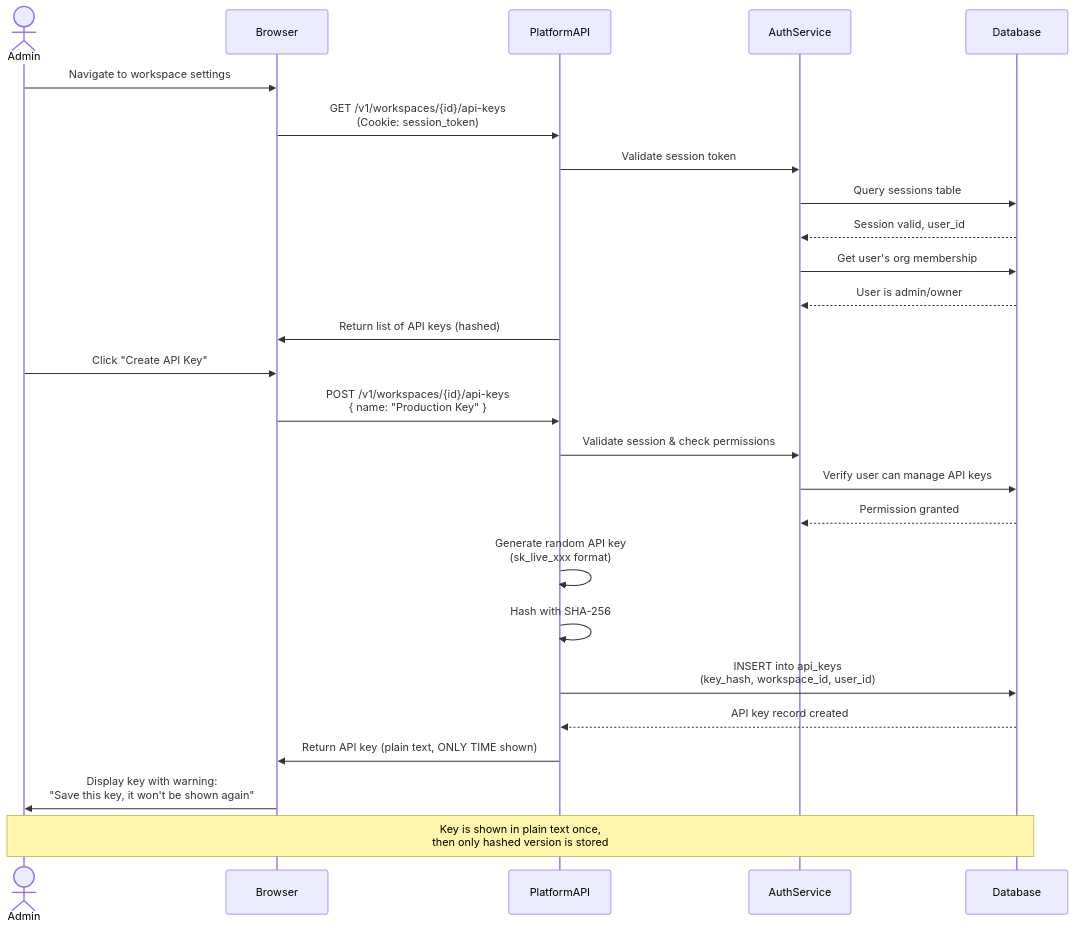
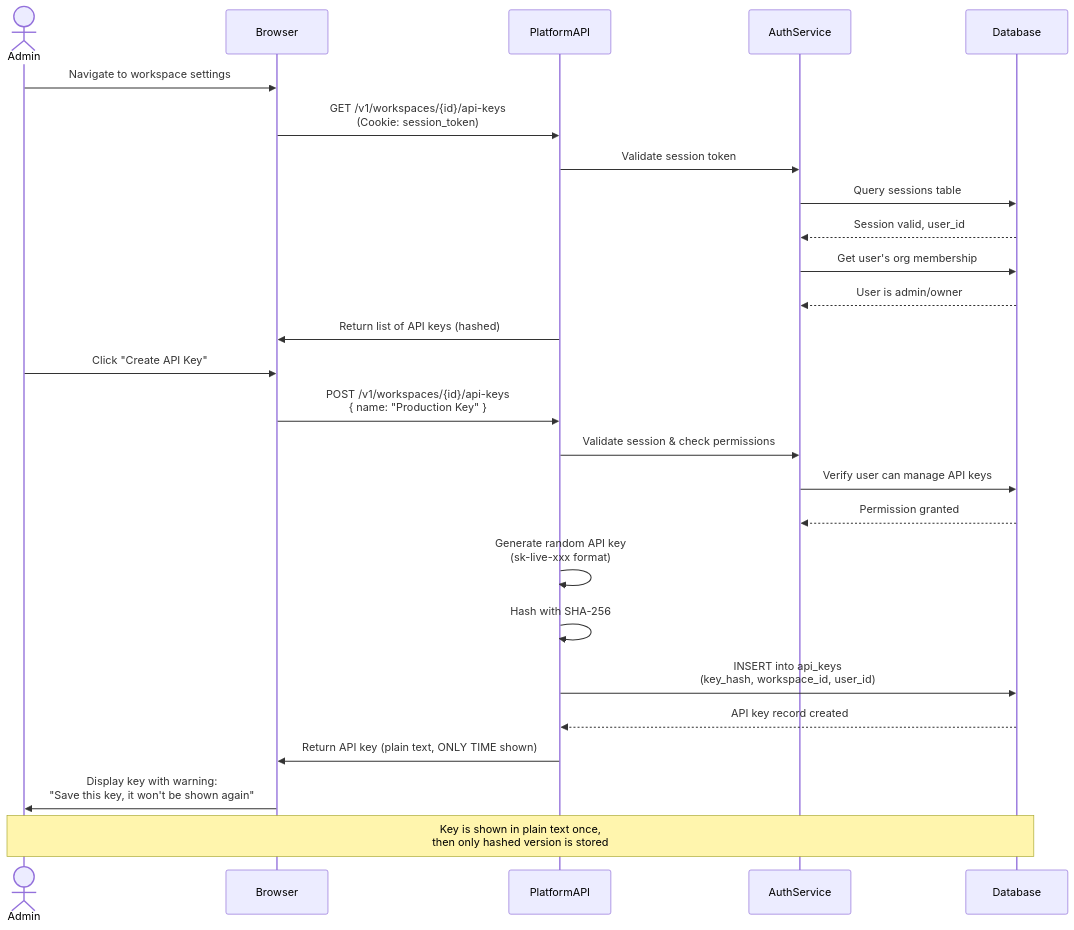
Before and after one commit to nearai/cloud-api: the fourth of 15 diagrams in docs/architecture/c4-diagrams.md, drawn with Mermaid. The commit also changed other lines of this file and 5 other files, not shown here.

Commit message:
Refactor: Update API key prefix from 'sk_' to 'sk-'

````diff
--- a/docs/architecture/c4-diagrams.md
+++ b/docs/architecture/c4-diagrams.md
@@ -403,38 +403,38 @@
 ```mermaid
 sequenceDiagram
     actor Admin
     participant Browser
     participant PlatformAPI
     participant AuthService
     participant Database
     
     Admin->>Browser: Navigate to workspace settings
     Browser->>PlatformAPI: GET /v1/workspaces/{id}/api-keys<br/>(Cookie: session_token)
     
     PlatformAPI->>AuthService: Validate session token
     AuthService->>Database: Query sessions table
     Database-->>AuthService: Session valid, user_id
     
     AuthService->>Database: Get user's org membership
     Database-->>AuthService: User is admin/owner
     
     PlatformAPI->>Browser: Return list of API keys (hashed)
     
     Admin->>Browser: Click "Create API Key"
     Browser->>PlatformAPI: POST /v1/workspaces/{id}/api-keys<br/>{ name: "Production Key" }
     
     PlatformAPI->>AuthService: Validate session & check permissions
     AuthService->>Database: Verify user can manage API keys
     Database-->>AuthService: Permission granted
     
-    PlatformAPI->>PlatformAPI: Generate random API key<br/>(sk_live_xxx format)
+    PlatformAPI->>PlatformAPI: Generate random API key<br/>(sk-live-xxx format)
     PlatformAPI->>PlatformAPI: Hash with SHA-256
     
     PlatformAPI->>Database: INSERT into api_keys<br/>(key_hash, workspace_id, user_id)
     Database-->>PlatformAPI: API key record created
     
     PlatformAPI->>Browser: Return API key (plain text, ONLY TIME shown)
     Browser->>Admin: Display key with warning:<br/>"Save this key, it won't be shown again"
     
     Note over Admin,Database: Key is shown in plain text once,<br/>then only hashed version is stored
 ```
````
